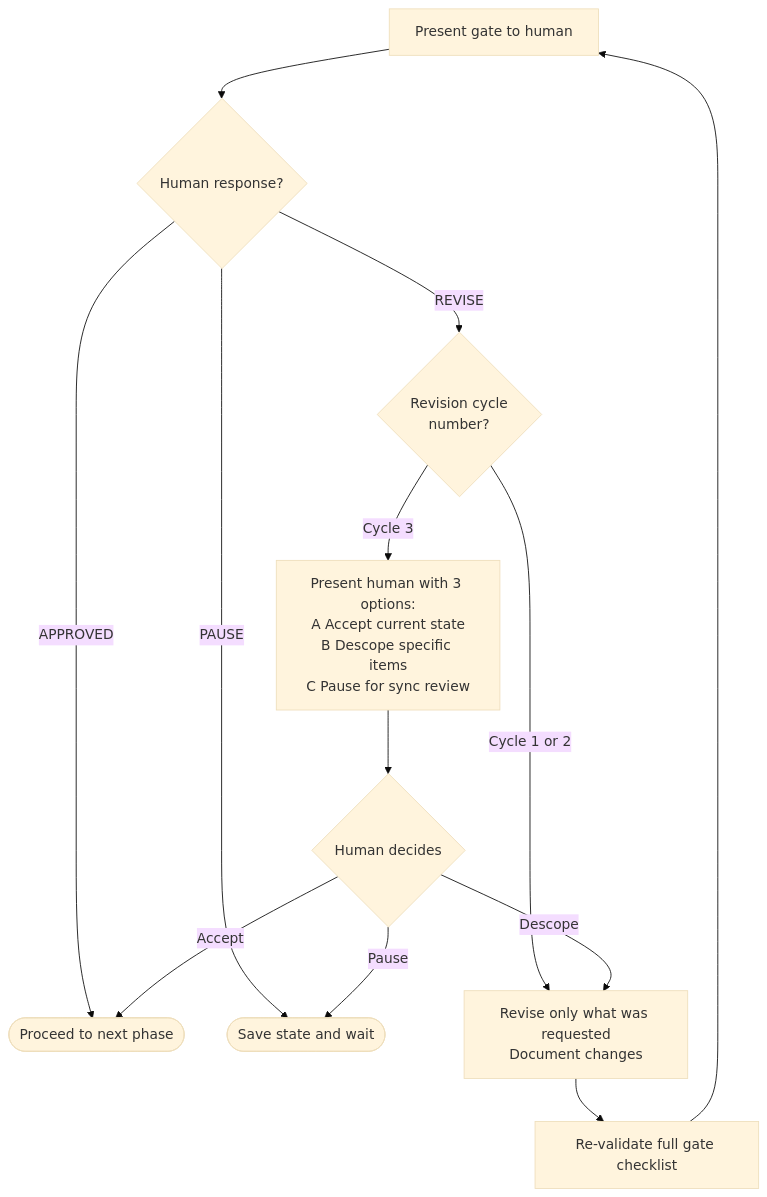
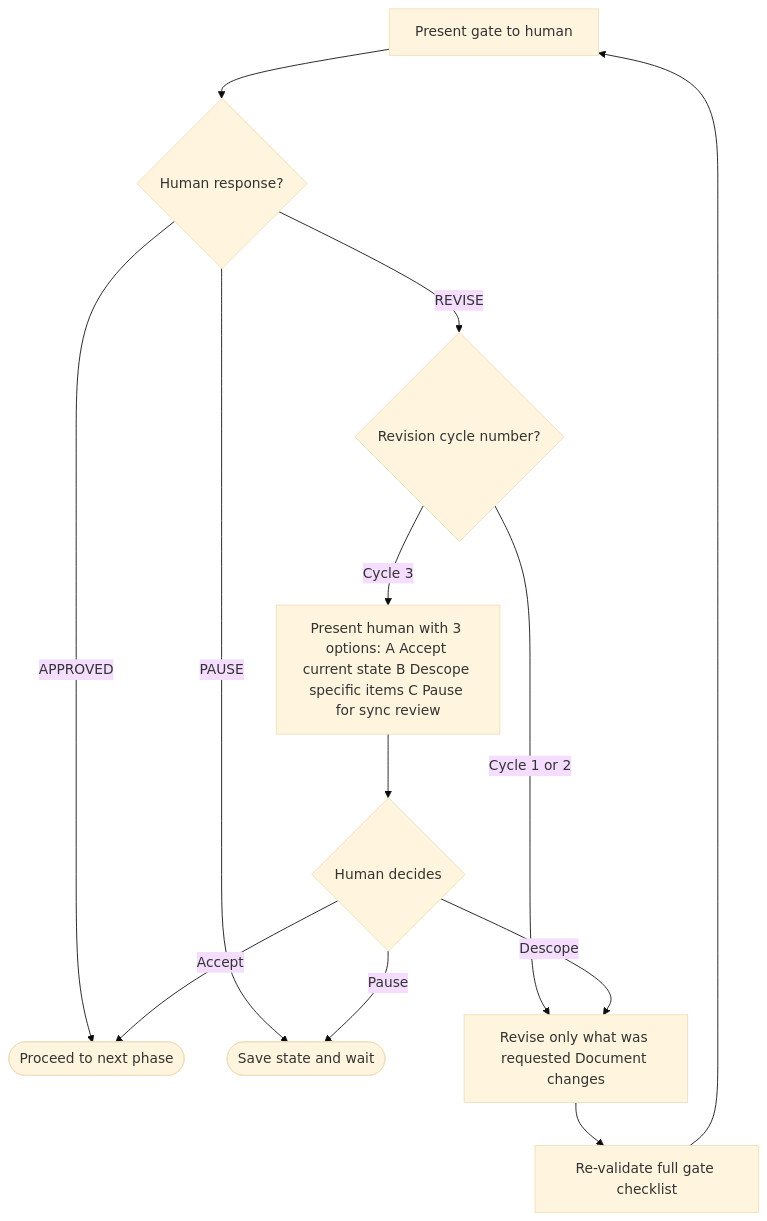
The first of 2 diagrams in .cursor/skills/00-product-workflow/workflow-stages.md (ivanyeors/product-agentic-templates), drawn with Mermaid (base theme) before and after one commit. The commit also changed other lines of this file and 39 other files, not shown here.

````diff
--- a/.cursor/skills/00-product-workflow/workflow-stages.md
+++ b/.cursor/skills/00-product-workflow/workflow-stages.md
@@ -173,15 +274,15 @@
 ```mermaid
 flowchart TD
     gate[Present gate to human] --> response{Human response?}
     response -->|APPROVED| done([Proceed to next phase])
     response -->|PAUSE| pause([Save state and wait])
-    response -->|REVISE| count{Revision cycle\nnumber?}
-    count -->|Cycle 1 or 2| revise[Revise only what was requested\nDocument changes]
+    response -->|REVISE| count{Revision cycle number?}
+    count -->|Cycle 1 or 2| revise[Revise only what was requested Document changes]
     revise --> recheck[Re-validate full gate checklist]
     recheck --> gate
-    count -->|Cycle 3| escalate[Present human with 3 options:\nA Accept current state\nB Descope specific items\nC Pause for sync review]
+    count -->|Cycle 3| escalate[Present human with 3 options: A Accept current state B Descope specific items C Pause for sync review]
     escalate --> human{Human decides}
     human -->|Accept| done
     human -->|Descope| revise
     human -->|Pause| pause
 ```
````
